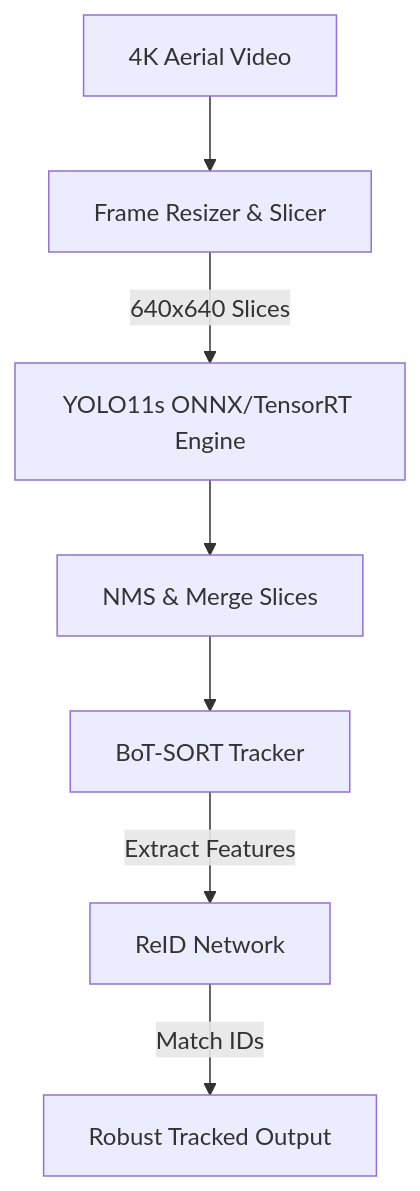
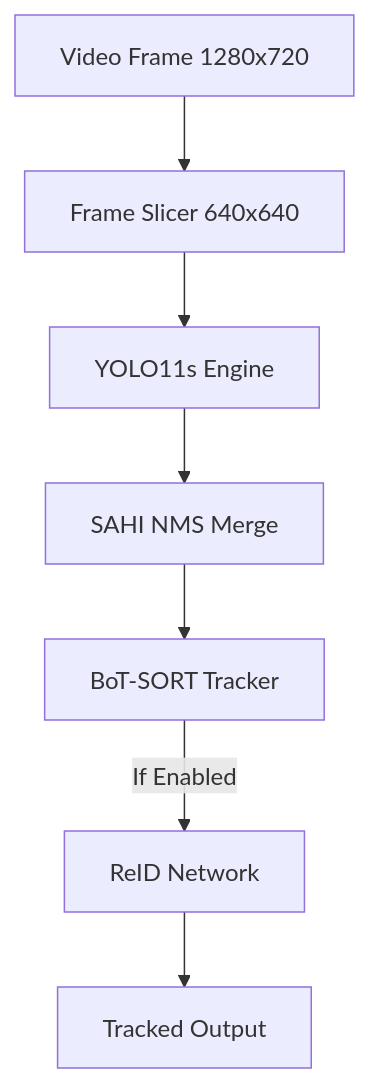
The first of 2 diagrams in README.md (eyyupkln/VisdroneDetection), drawn with Mermaid before and after one commit. The commit also changed other lines of this file, not shown here.

````diff
--- a/README.md
+++ b/README.md
@@ -48,9 +63,9 @@
 ```mermaid
 graph TD;
-    A[4K Aerial Video] --> B[Frame Resizer & Slicer];
-    B -->|640x640 Slices| C[YOLO11s ONNX/TensorRT Engine];
-    C --> D[NMS & Merge Slices];
+    A[Video Frame 1280x720] --> B[Frame Slicer 640x640];
+    B --> C[YOLO11s Engine];
+    C --> D[SAHI NMS Merge];
     D --> E[BoT-SORT Tracker];
-    E -->|Extract Features| F[ReID Network];
-    F -->|Match IDs| G[Robust Tracked Output];
+    E -->|If Enabled| F[ReID Network];
+    F --> G[Tracked Output];
 ```
````
